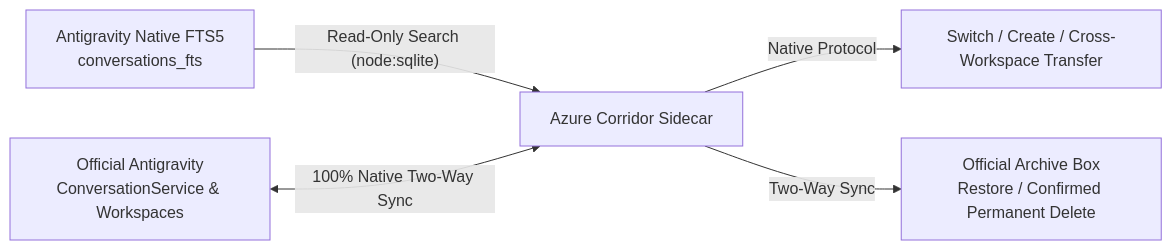
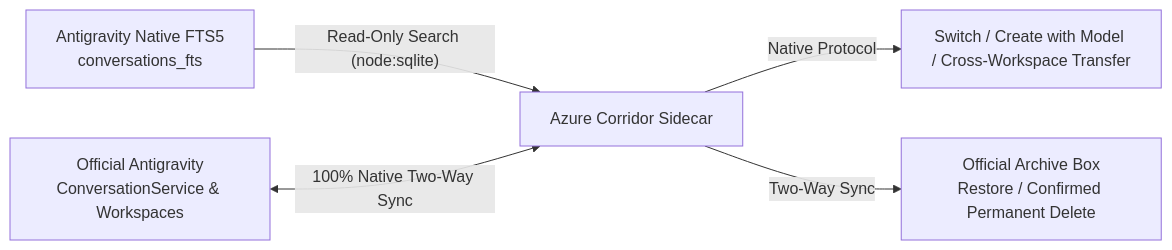
One commit to A16Nights/antigravity-azure-corridor changed the diagram in README.en.md. Above: the diagram before and after it, drawn with Mermaid. The commit also changed other lines of this file and 17 other files, not shown here.

````diff
--- a/README.en.md
+++ b/README.en.md
@@ -98,7 +105,7 @@
 ```mermaid
 flowchart LR
   DB["Antigravity Native FTS5<br/>conversations_fts"] -->|"Read-Only Search (node:sqlite)"| C["Azure Corridor Sidecar"]
   SVC["Official Antigravity<br/>ConversationService &amp; Workspaces"] <-->|"100% Native Two-Way Sync"| C
-  C -->|"Native Protocol"| AGY["Switch / Create / Cross-Workspace Transfer"]
+  C -->|"Native Protocol"| AGY["Switch / Create with Model / Cross-Workspace Transfer"]
   C -->|"Two-Way Sync"| ARC["Official Archive Box<br/>Restore / Confirmed Permanent Delete"]
 ```
````
